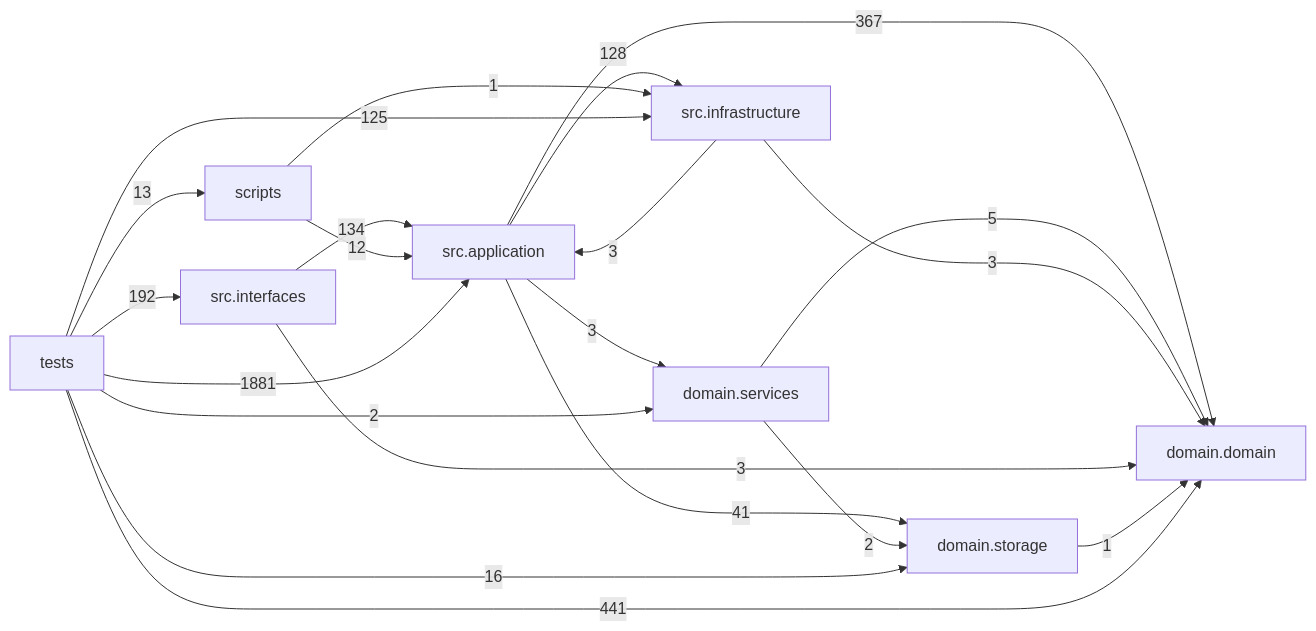
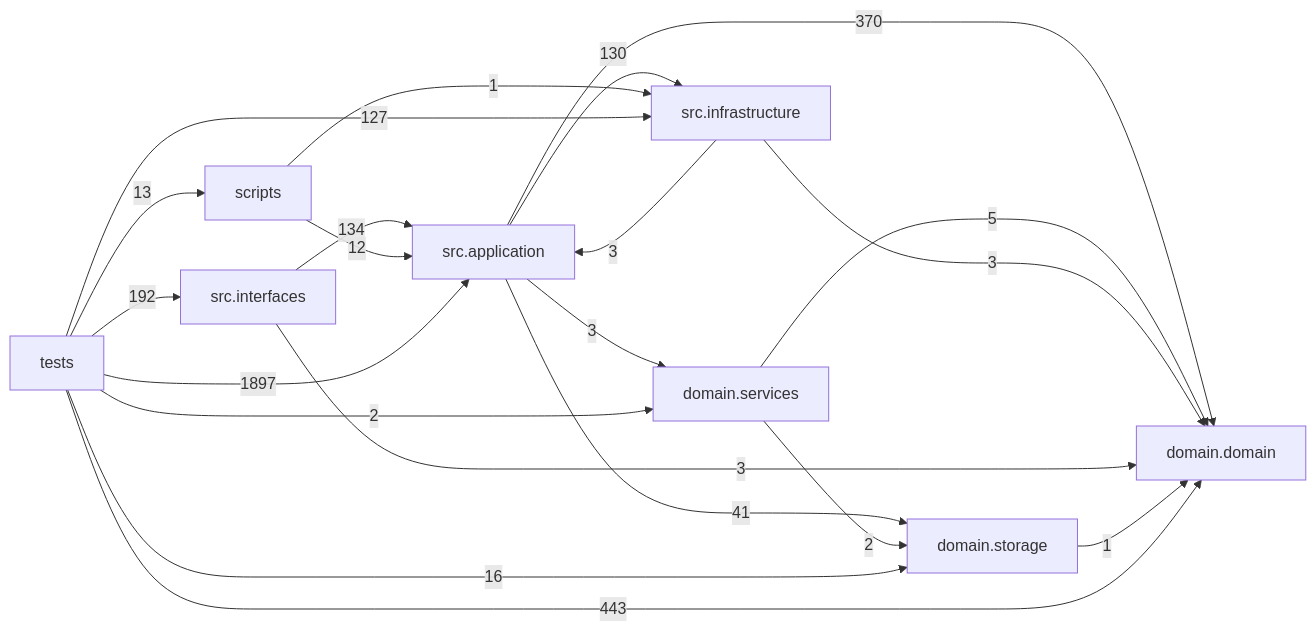
Before and after one commit to liuxie066/options-monitor: the diagram in docs/DEPENDENCY_GRAPH.md, drawn with Mermaid. The commit also changed other lines of this file and 40 other files, not shown here.

````diff
--- a/docs/DEPENDENCY_GRAPH.md
+++ b/docs/DEPENDENCY_GRAPH.md
@@ -24,31 +24,31 @@
 ```mermaid
 flowchart LR
   tests["tests"]
   scripts["scripts"]
   interfaces["src.interfaces"]
   application["src.application"]
   infrastructure["src.infrastructure"]
   domain_services["domain.services"]
   domain["domain.domain"]
   storage["domain.storage"]
-  application -->|367| domain
+  application -->|370| domain
   application -->|3| domain_services
-  application -->|128| infrastructure
+  application -->|130| infrastructure
   application -->|41| storage
   domain_services -->|5| domain
   domain_services -->|2| storage
   infrastructure -->|3| application
   infrastructure -->|3| domain
   interfaces -->|134| application
   interfaces -->|3| domain
   scripts -->|12| application
   scripts -->|1| infrastructure
   storage -->|1| domain
-  tests -->|1881| application
-  tests -->|441| domain
+  tests -->|1897| application
+  tests -->|443| domain
   tests -->|2| domain_services
-  tests -->|125| infrastructure
+  tests -->|127| infrastructure
   tests -->|192| interfaces
   tests -->|13| scripts
   tests -->|16| storage
 ```
````
